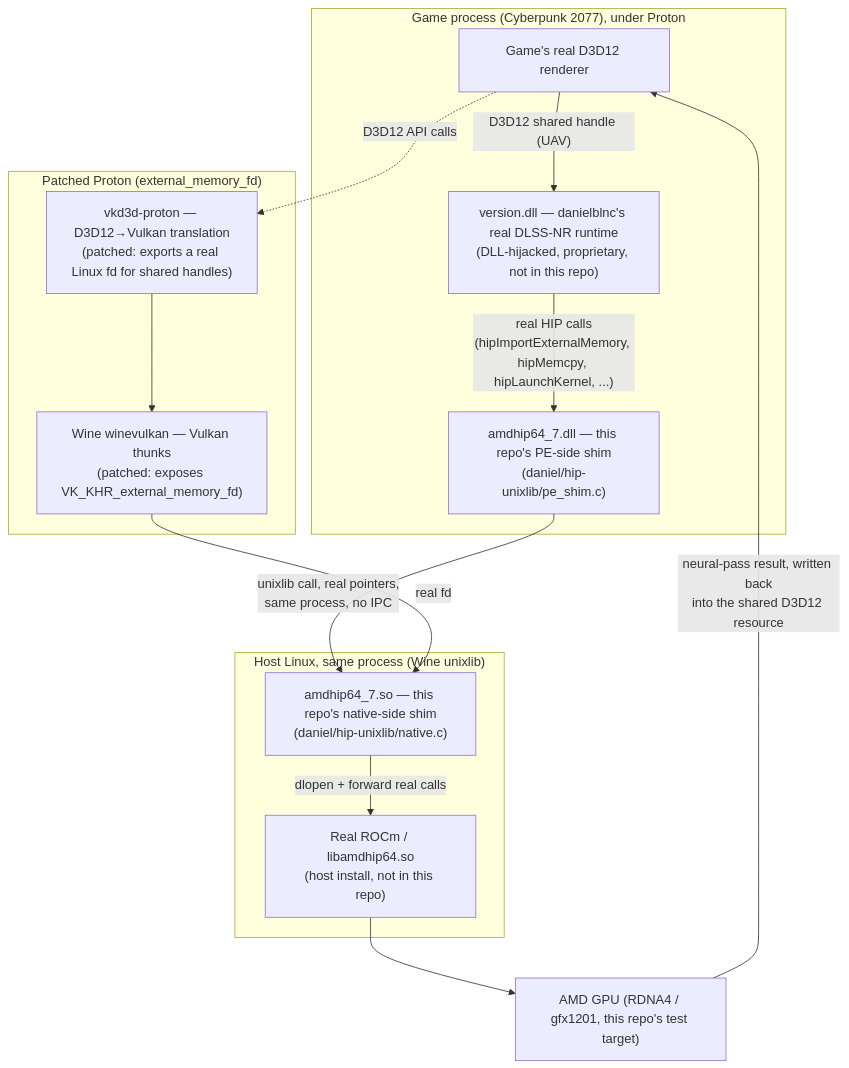
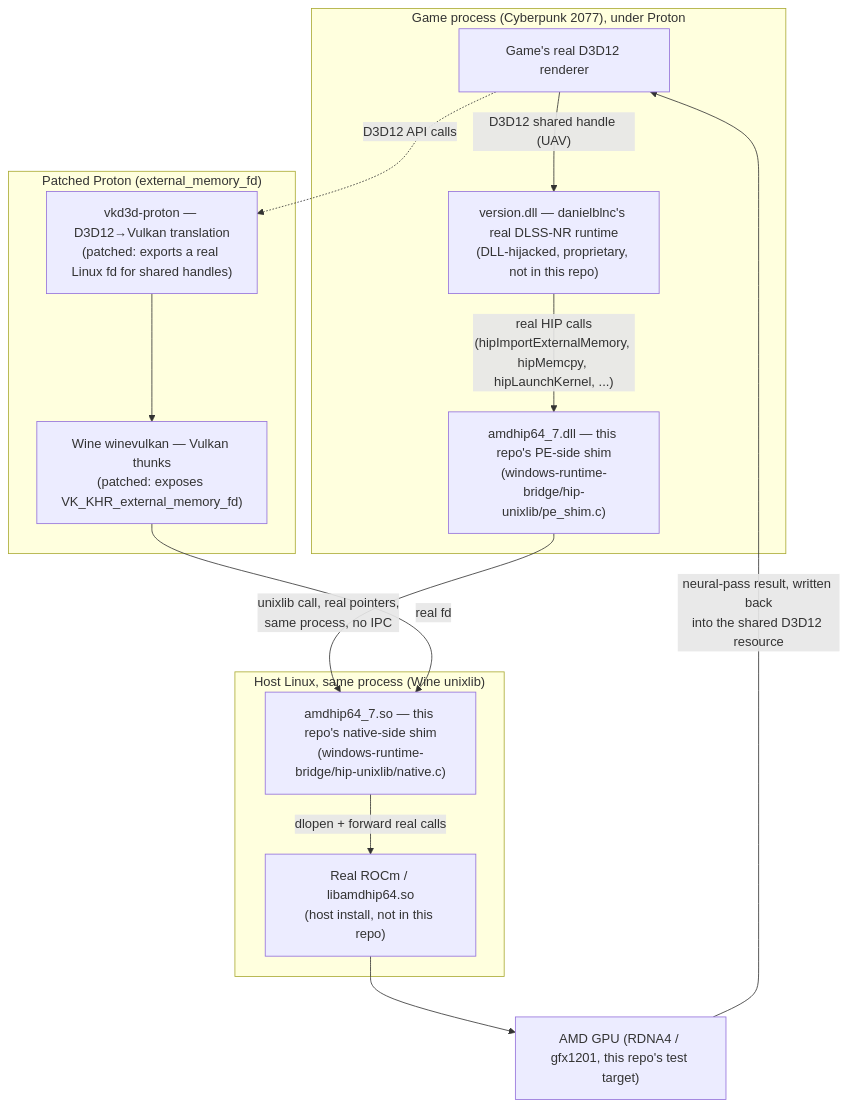
One commit to Tagertswe/dlssnr-on-amd-linux changed the diagram in README.md. Above: the diagram before and after it, drawn with Mermaid. The commit also changed other lines of this file and 72 other files, not shown here.

First line of the commit message:
Rename daniel/ to windows-runtime-bridge/, add Proton patches, doc fixes

````diff
--- a/README.md
+++ b/README.md
@@ -18,28 +18,28 @@
 ```mermaid
 flowchart TB
     subgraph game["Game process (Cyberpunk 2077), under Proton"]
         G["Game's real D3D12 renderer"]
         V["version.dll — danielblnc's real DLSS-NR runtime<br/>(DLL-hijacked, proprietary, not in this repo)"]
-        PE["amdhip64_7.dll — this repo's PE-side shim<br/>(daniel/hip-unixlib/pe_shim.c)"]
+        PE["amdhip64_7.dll — this repo's PE-side shim<br/>(windows-runtime-bridge/hip-unixlib/pe_shim.c)"]
         G -- "D3D12 shared handle (UAV)" --> V
         V -- "real HIP calls\n(hipImportExternalMemory, hipMemcpy, hipLaunchKernel, ...)" --> PE
     end
 
     subgraph proton["Patched Proton (external_memory_fd)"]
         VKD["vkd3d-proton — D3D12→Vulkan translation<br/>(patched: exports a real Linux fd for shared handles)"]
         WVK["Wine winevulkan — Vulkan thunks<br/>(patched: exposes VK_KHR_external_memory_fd)"]
         G -. "D3D12 API calls" .-> VKD
         VKD --> WVK
     end
 
     subgraph linux["Host Linux, same process (Wine unixlib)"]
-        NAT["amdhip64_7.so — this repo's native-side shim<br/>(daniel/hip-unixlib/native.c)"]
+        NAT["amdhip64_7.so — this repo's native-side shim<br/>(windows-runtime-bridge/hip-unixlib/native.c)"]
         ROCM["Real ROCm / libamdhip64.so<br/>(host install, not in this repo)"]
         PE -- "unixlib call, real pointers,\nsame process, no IPC" --> NAT
         WVK -- "real fd" --> NAT
         NAT -- "dlopen + forward real calls" --> ROCM
     end
 
     ROCM --> GPU["AMD GPU (RDNA4 / gfx1201, this repo's test target)"]
     GPU -- "neural-pass result, written back\ninto the shared D3D12 resource" --> G
 ```
````
